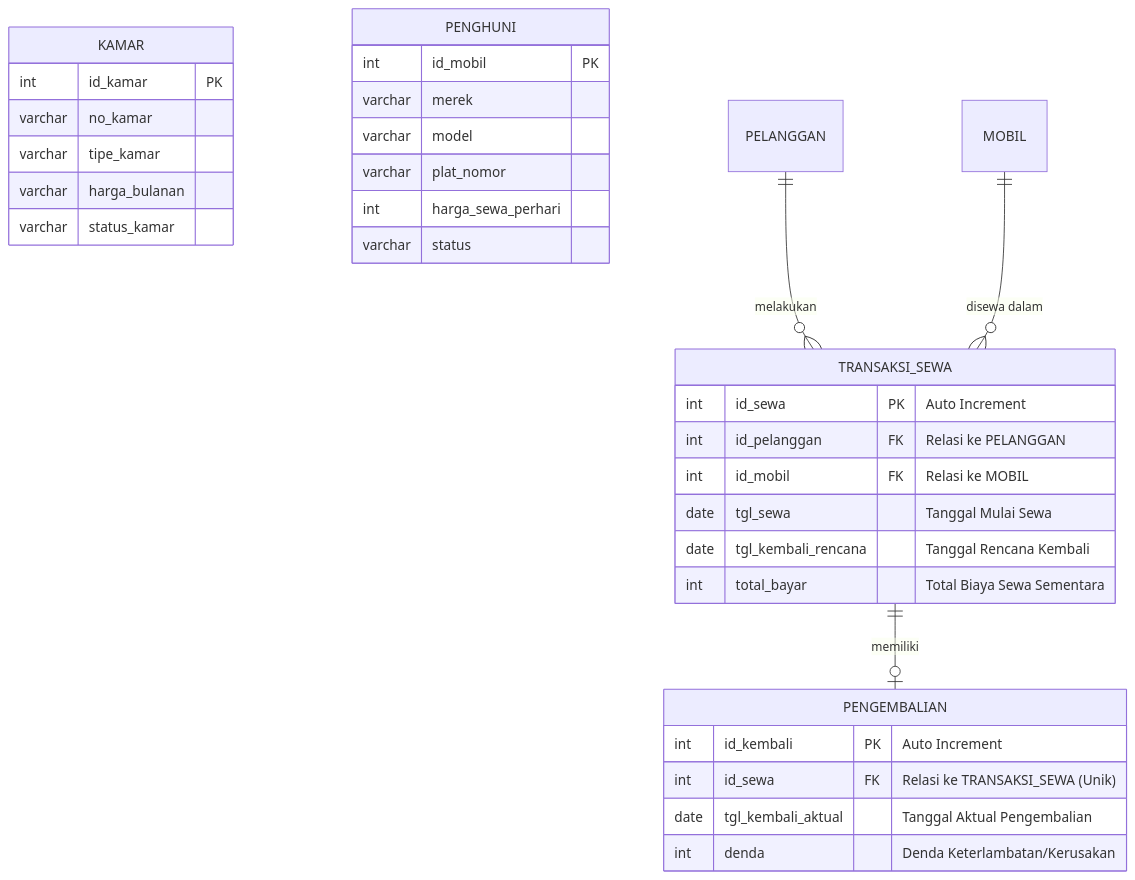
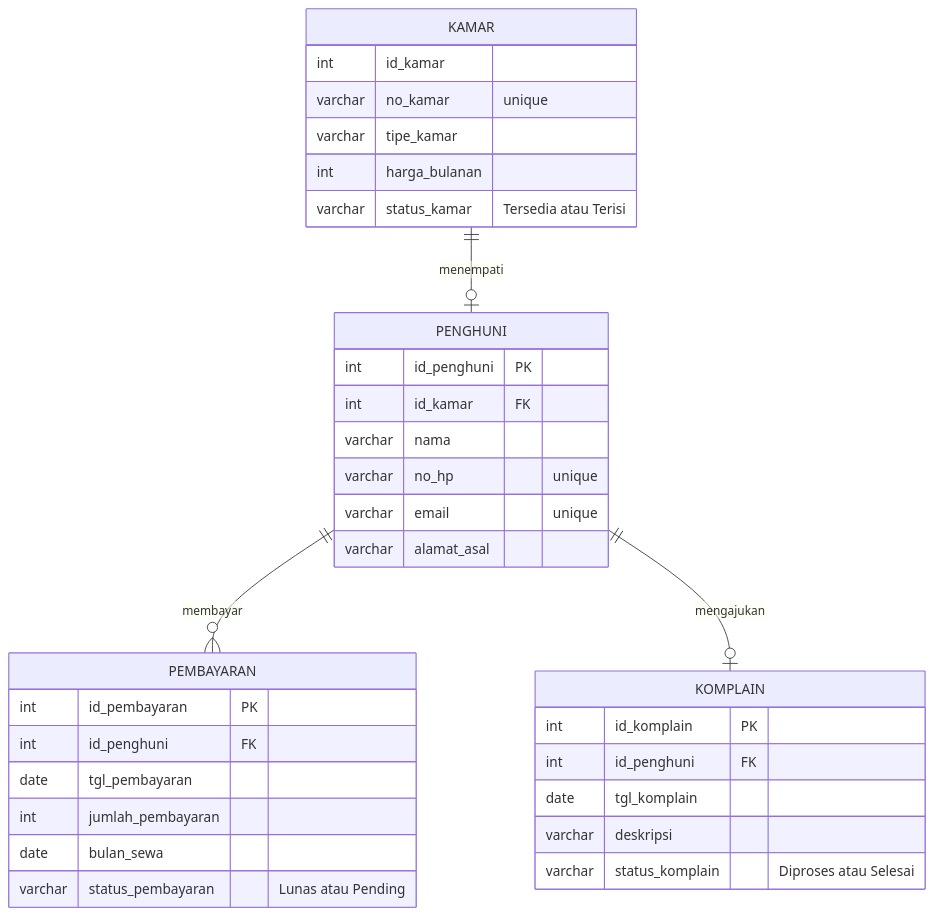
Before and after one commit to alyanurin60-hash/Boarding-House-Management-Information-System: the diagram in README.md, drawn with Mermaid. The commit also changed other lines of this file, not shown here.

First line of the commit message:
Enhance README with ERD and normalization details

````diff
--- a/README.md
+++ b/README.md
@@ -29,39 +29,40 @@
 ```mermaid
 erDiagram
 KAMAR {
-int id_kamar PK
-varchar no_kamar
+int id_kamar
+varchar no_kamar "unique"
 varchar tipe_kamar
-varchar harga_bulanan
-varchar status_kamar
+int harga_bulanan
+varchar status_kamar "Tersedia atau Terisi"
 }
 
 PENGHUNI {
-int id_mobil PK
-varchar merek
-varchar model
-varchar plat_nomor
-int harga_sewa_perhari
-varchar status
+int id_penghuni PK 
+int id_kamar FK
+varchar nama
+varchar no_hp "unique"
+varchar email "unique"
+varchar alamat_asal
 }
 
-TRANSAKSI_SEWA {
-int id_sewa PK "Auto Increment"
-int id_pelanggan FK "Relasi ke PELANGGAN"
-int id_mobil FK "Relasi ke MOBIL"
-date tgl_sewa "Tanggal Mulai Sewa"
-date tgl_kembali_rencana "Tanggal Rencana Kembali"
-int total_bayar "Total Biaya Sewa Sementara"
+PEMBAYARAN {
+int id_pembayaran PK
+int id_penghuni FK
+date tgl_pembayaran
+int jumlah_pembayaran
+date bulan_sewa
+varchar status_pembayaran "Lunas atau Pending"
 }
 
-PENGEMBALIAN {
-int id_kembali PK "Auto Increment"
-int id_sewa FK "Relasi ke TRANSAKSI_SEWA (Unik)"
-date tgl_kembali_aktual "Tanggal Aktual Pengembalian"
-int denda "Denda Keterlambatan/Kerusakan"
+KOMPLAIN {
+int id_komplain PK
+int id_penghuni FK
+date tgl_komplain
+varchar deskripsi
+varchar status_komplain "Diproses atau Selesai"
 }
 
-PELANGGAN ||--o{ TRANSAKSI_SEWA : "melakukan"
-MOBIL ||--o{ TRANSAKSI_SEWA : "disewa dalam"
-TRANSAKSI_SEWA ||--o| PENGEMBALIAN : "memiliki"
+KAMAR ||--o| PENGHUNI : "menempati"
+PENGHUNI ||--o{ PEMBAYARAN : "membayar"
+PENGHUNI ||--o| KOMPLAIN : "mengajukan"
 ```
````
